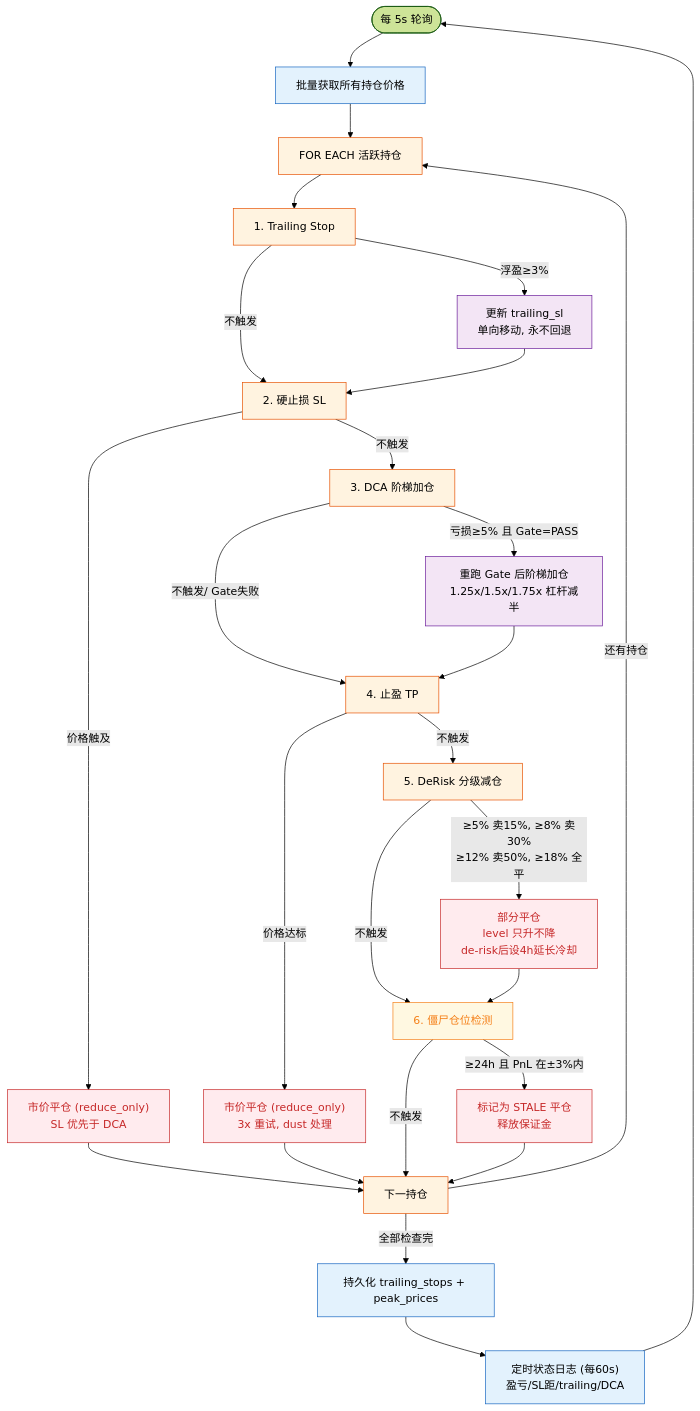
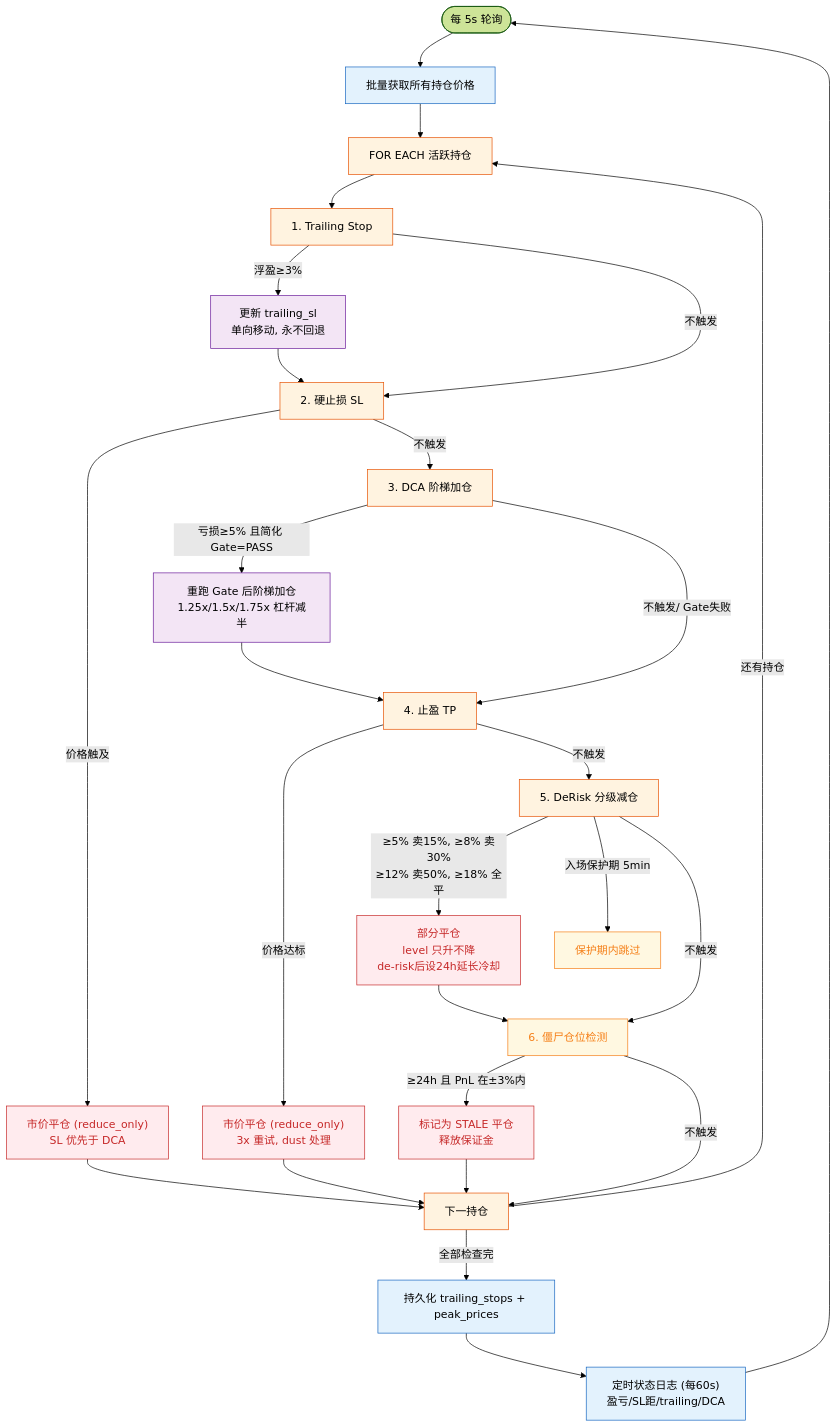
One commit to zihpzhong/Vibe-Trading changed the fourth of 5 diagrams in docs/auto-trading-plan.md. Above: the diagram before and after it, drawn with Mermaid (forest theme). The commit also changed other lines of this file and 1 other file, not shown here.

````diff
--- a/docs/auto-trading-plan.md
+++ b/docs/auto-trading-plan.md
@@ -248,46 +315,47 @@
 ```mermaid
 flowchart TD
     classDef proc fill:#e3f2fd,stroke:#1565c0,color:#000
     classDef dec fill:#fff3e0,stroke:#e65100,color:#000
     classDef action fill:#f3e5f5,stroke:#6a1b9a,color:#000
     classDef close fill:#ffebee,stroke:#c62828,color:#c62828
     classDef stale fill:#fff8e1,stroke:#f57f17,color:#f57f17
 
     LOOP(["每 5s 轮询"]) --> PRICE["批量获取所有持仓价格"]:::proc
     PRICE --> FOR["FOR EACH 活跃持仓"]:::dec
 
     FOR --> TRAIL["1. Trailing Stop"]:::dec
     TRAIL -->|浮盈≥3%| TRAIL_EXEC["更新 trailing_sl<br>单向移动, 永不回退"]:::action
     TRAIL -->|不触发| SL
 
     TRAIL_EXEC --> SL
     SL["2. 硬止损 SL"]:::dec
     SL -->|价格触及| SL_EXEC["市价平仓 (reduce_only)<br>SL 优先于 DCA"]:::close
     SL -->|不触发| DCA
 
     SL_EXEC --> NEXT
     DCA["3. DCA 阶梯加仓"]:::dec
-    DCA -->|亏损≥5% 且 Gate=PASS| DCA_EXEC["重跑 Gate 后阶梯加仓<br>1.25x/1.5x/1.75x 杠杆减半"]:::action
+    DCA -->|亏损≥5% 且简化 Gate=PASS| DCA_EXEC["重跑 Gate 后阶梯加仓<br>1.25x/1.5x/1.75x 杠杆减半"]:::action
     DCA -->|不触发/ Gate失败| TP
 
     DCA_EXEC --> TP
     TP["4. 止盈 TP"]:::dec
     TP -->|价格达标| TP_EXEC["市价平仓 (reduce_only)<br>3x 重试, dust 处理"]:::close
     TP -->|不触发| DERISK
 
     TP_EXEC --> NEXT
     DERISK["5. DeRisk 分级减仓"]:::dec
-    DERISK -->|≥5% 卖15%, ≥8% 卖30%<br>≥12% 卖50%, ≥18% 全平| DERISK_EXEC["部分平仓<br>level 只升不降<br>de-risk后设4h延长冷却"]:::close
+    DERISK -->|≥5% 卖15%, ≥8% 卖30%<br>≥12% 卖50%, ≥18% 全平| DERISK_EXEC["部分平仓<br>level 只升不降<br>de-risk后设24h延长冷却"]:::close
+    DERISK -->|入场保护期 5min| DERISK_SKIP["保护期内跳过"]:::stale
     DERISK -->|不触发| STALE
 
     DERISK_EXEC --> STALE
     STALE["6. 僵尸仓位检测"]:::stale
     STALE -->|≥24h 且 PnL 在±3%内| STALE_EXEC["标记为 STALE 平仓<br>释放保证金"]:::close
     STALE -->|不触发| NEXT
 
     STALE_EXEC --> NEXT
     NEXT["下一持仓"]:::dec -->|还有持仓| FOR
     NEXT -->|全部检查完| PERSIST["持久化 trailing_stops + peak_prices"]:::proc
     PERSIST --> STATUS["定时状态日志 (每60s)<br>盈亏/SL距/trailing/DCA"]:::proc
     STATUS --> LOOP
 ```
````
